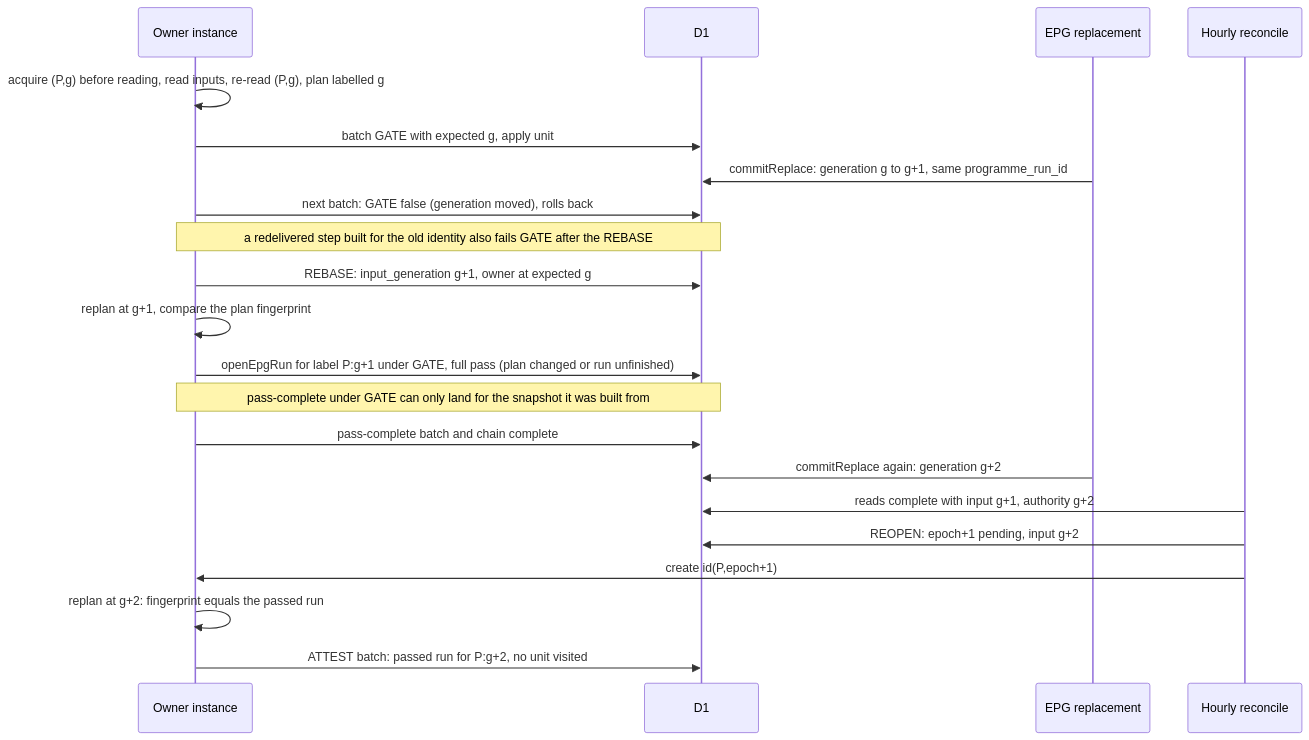
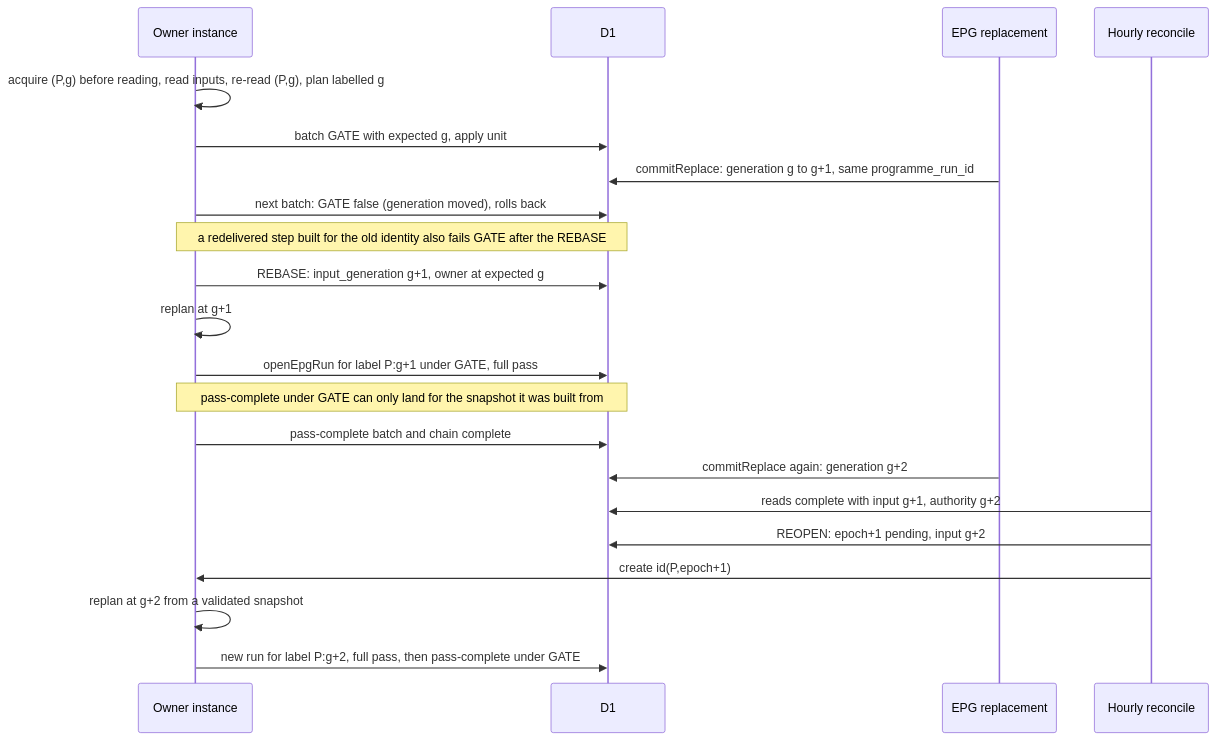
One commit to vladimino/iptv-watchlist changed the fourth of 5 diagrams in docs/adr/0141-producer-workflow-chain-protocol.md. Above: the diagram before and after it, drawn with Mermaid. The commit also changed other lines of this file, not shown here.

First line of the commit message:
docs(adr): ADR 0141, withdraw ATTEST, keep the full pass per label as baseline (AIR-374)

````diff
--- a/docs/adr/0141-producer-workflow-chain-protocol.md
+++ b/docs/adr/0141-producer-workflow-chain-protocol.md
@@ -396,23 +412,23 @@
 ```mermaid
 sequenceDiagram
     participant O as Owner instance
     participant D as D1
     participant E as EPG replacement
     participant H as Hourly reconcile
     O->>O: acquire (P,g) before reading, read inputs, re-read (P,g), plan labelled g
     O->>D: batch GATE with expected g, apply unit
     E->>D: commitReplace: generation g to g+1, same programme_run_id
     O->>D: next batch: GATE false (generation moved), rolls back
     Note over O,D: a redelivered step built for the old identity also fails GATE after the REBASE
     O->>D: REBASE: input_generation g+1, owner at expected g
-    O->>O: replan at g+1, compare the plan fingerprint
-    O->>D: openEpgRun for label P:g+1 under GATE, full pass (plan changed or run unfinished)
+    O->>O: replan at g+1
+    O->>D: openEpgRun for label P:g+1 under GATE, full pass
     Note over O,D: pass-complete under GATE can only land for the snapshot it was built from
     O->>D: pass-complete batch and chain complete
     E->>D: commitReplace again: generation g+2
     H->>D: reads complete with input g+1, authority g+2
     H->>D: REOPEN: epoch+1 pending, input g+2
     H->>O: create id(P,epoch+1)
-    O->>O: replan at g+2: fingerprint equals the passed run
-    O->>D: ATTEST batch: passed run for P:g+2, no unit visited
+    O->>O: replan at g+2 from a validated snapshot
+    O->>D: new run for label P:g+2, full pass, then pass-complete under GATE
 ```
````
